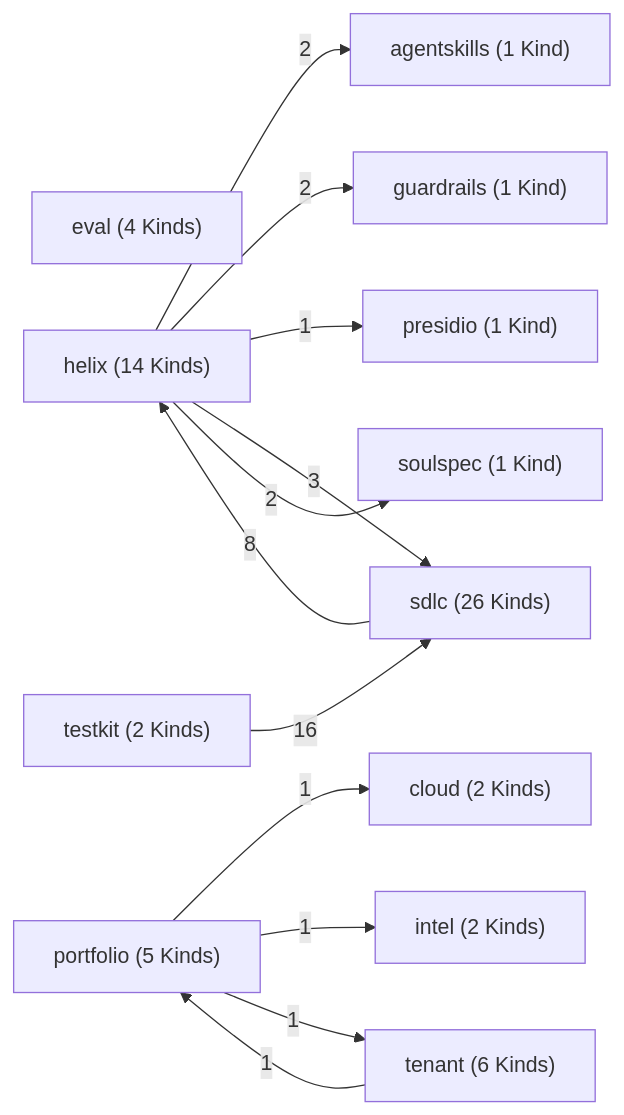
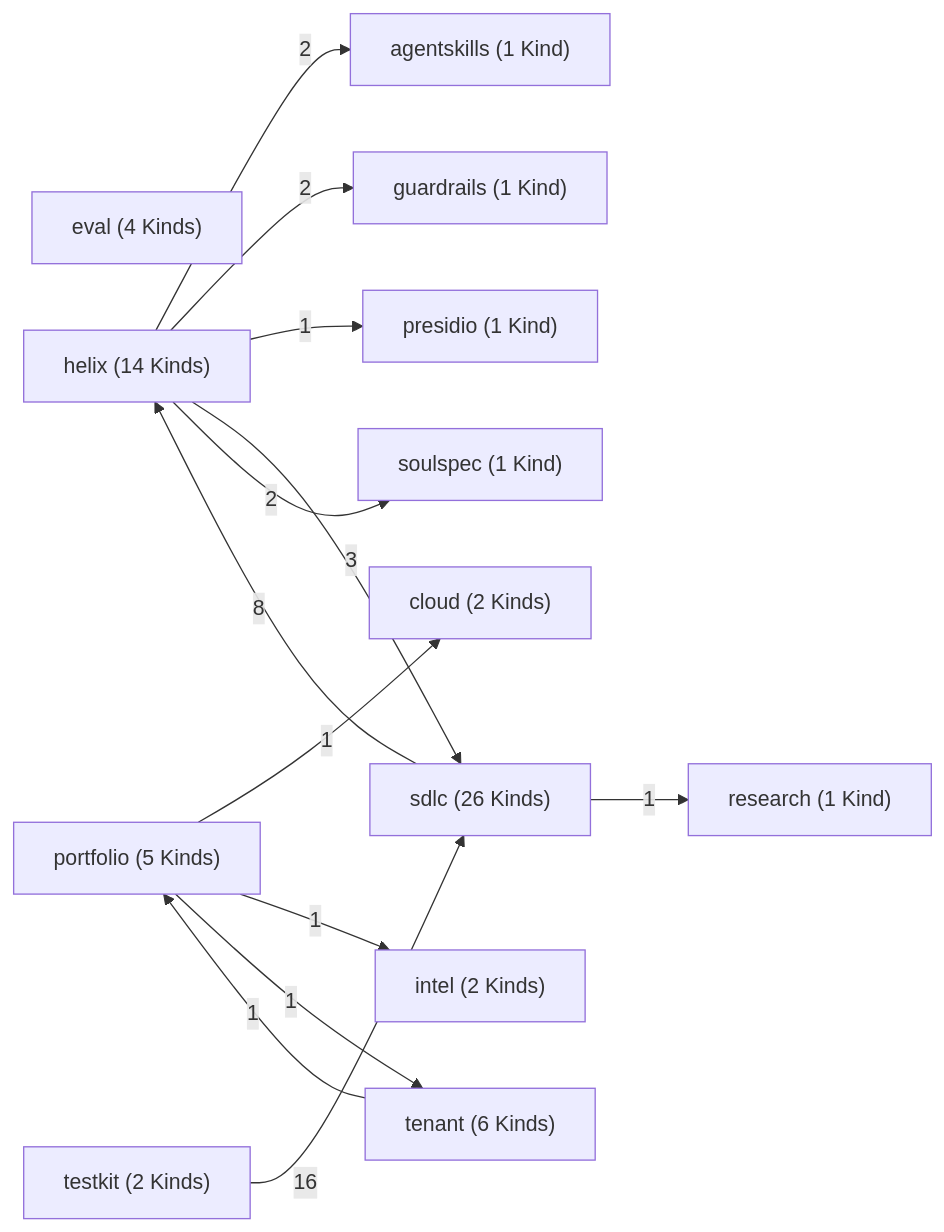
The first of 8 diagrams in docs/reference/data-model.md (ruinosus/dna), drawn with Mermaid before and after one commit. The commit also changed other lines of this file and 5 other files, not shown here.

````diff
--- a/docs/reference/data-model.md
+++ b/docs/reference/data-model.md
@@ -91,26 +91,28 @@
 ```mermaid
 flowchart LR
     agentskills["agentskills (1 Kind)"]
     cloud["cloud (2 Kinds)"]
     eval["eval (4 Kinds)"]
     guardrails["guardrails (1 Kind)"]
     helix["helix (14 Kinds)"]
     intel["intel (2 Kinds)"]
     portfolio["portfolio (5 Kinds)"]
     presidio["presidio (1 Kind)"]
+    research["research (1 Kind)"]
     sdlc["sdlc (26 Kinds)"]
     soulspec["soulspec (1 Kind)"]
     tenant["tenant (6 Kinds)"]
     testkit["testkit (2 Kinds)"]
     helix -->|2| agentskills
     helix -->|2| guardrails
     helix -->|1| presidio
     helix -->|3| sdlc
     helix -->|2| soulspec
     portfolio -->|1| cloud
     portfolio -->|1| intel
     portfolio -->|1| tenant
     sdlc -->|8| helix
+    sdlc -->|1| research
     tenant -->|1| portfolio
     testkit -->|16| sdlc
 ```
````
